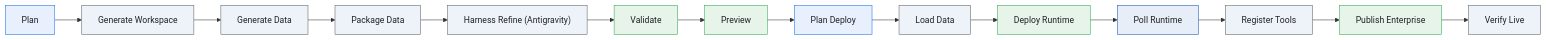
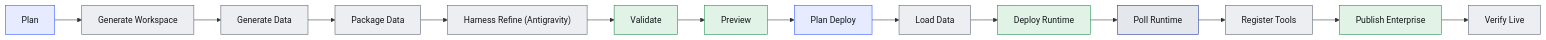
One commit to vamsiramakrishnan/ge-agent-factory changed the diagram in docs/diagrams-src/factory-stages.mmd. Above: the diagram before and after it, drawn with Mermaid. The commit also changed 78 other files, not shown here.

```diff
--- a/docs/diagrams-src/factory-stages.mmd
+++ b/docs/diagrams-src/factory-stages.mmd
@@ -1,37 +1,37 @@
 %% GENERATED from apps/factory/src/factory-orchestration.js — run bun run docs:stage-diagram
 flowchart LR
   plan["Plan"]
   generate_workspace["Generate Workspace"]
   generate_data["Generate Data"]
   package_data["Package Data"]
   harness_refine["Harness Refine (Antigravity)"]
   validate["Validate"]
   preview["Preview"]
   plan_deploy["Plan Deploy"]
   load_data["Load Data"]
   deploy_runtime["Deploy Runtime"]
   poll_runtime["Poll Runtime"]
   register_tools["Register Tools"]
   publish_enterprise["Publish Enterprise"]
   verify_live["Verify Live"]
   plan --> generate_workspace
   generate_workspace --> generate_data
   generate_data --> package_data
   package_data --> harness_refine
   harness_refine --> validate
   validate --> preview
   preview --> plan_deploy
   plan_deploy --> load_data
   load_data --> deploy_runtime
   deploy_runtime --> poll_runtime
   poll_runtime --> register_tools
   register_tools --> publish_enterprise
   publish_enterprise --> verify_live
-  classDef control_plane fill:#e8f0fe,stroke:#1a73e8,color:#202124
-  classDef cloud_run_service fill:#eef3f9,stroke:#5f6368,color:#202124
-  classDef cloud_build fill:#e6f4ea,stroke:#34a853,color:#202124
-  classDef cloud_tasks fill:#e8eef7,stroke:#1558b0,color:#202124
+  classDef control_plane fill:#e6ebff,stroke:#2953ff,color:#14171c
+  classDef cloud_run_service fill:#eceef2,stroke:#565e6c,color:#14171c
+  classDef cloud_build fill:#e1f3e7,stroke:#16874a,color:#14171c
+  classDef cloud_tasks fill:#e4e7ec,stroke:#17339e,color:#14171c
   class plan,plan_deploy control_plane
   class generate_workspace,generate_data,package_data,harness_refine,load_data,register_tools,verify_live cloud_run_service
   class validate,preview,deploy_runtime,publish_enterprise cloud_build
   class poll_runtime cloud_tasks
```
